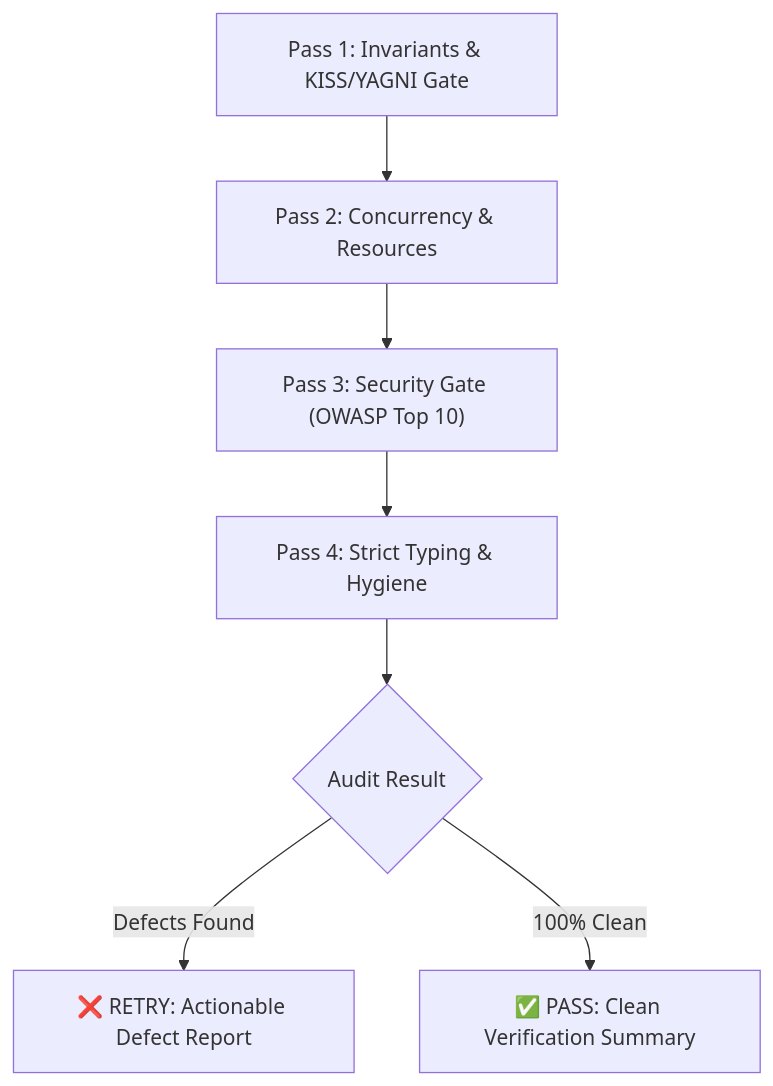
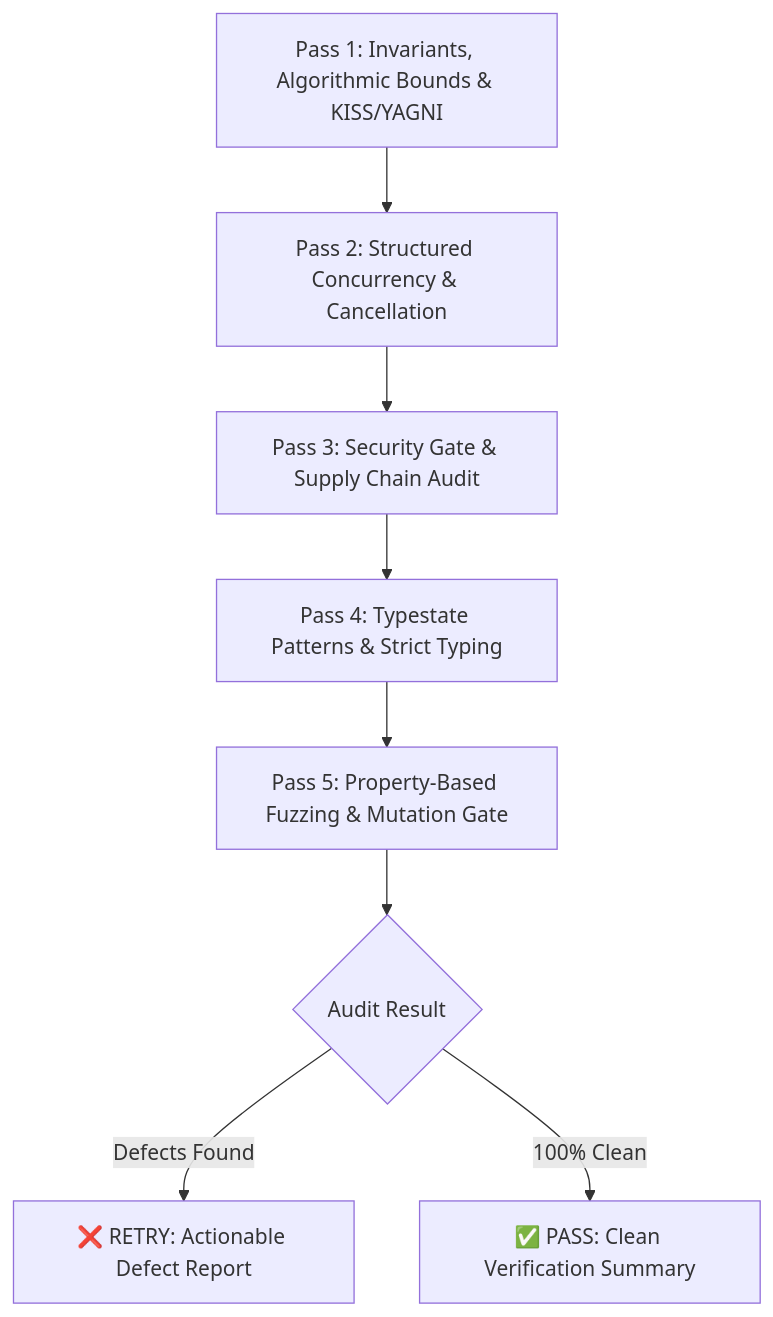
Before and after one commit to pubule/antigravity-dev-suite: the diagram in templates/project-git-template/.agents/skills/code-review/SKILL.md, drawn with Mermaid. The commit also changed other lines of this file and 24 other files, not shown here.

Commit message:
feat: release v1.10.0 with Opus 5.5 formal invariants, typestate, benchmark skill, and semantic AST checks

````diff
--- a/templates/project-git-template/.agents/skills/code-review/SKILL.md
+++ b/templates/project-git-template/.agents/skills/code-review/SKILL.md
@@ -14,9 +14,10 @@
 ```mermaid
 flowchart TD
-    P1["Pass 1: Invariants & KISS/YAGNI Gate"] --> P2["Pass 2: Concurrency & Resources"]
-    P2 --> P3["Pass 3: Security Gate (OWASP Top 10)"]
-    P3 --> P4["Pass 4: Strict Typing & Hygiene"]
-    P4 --> Verdict{"Audit Result"}
+    P1["Pass 1: Invariants, Algorithmic Bounds & KISS/YAGNI"] --> P2["Pass 2: Structured Concurrency & Cancellation"]
+    P2 --> P3["Pass 3: Security Gate & Supply Chain Audit"]
+    P3 --> P4["Pass 4: Typestate Patterns & Strict Typing"]
+    P4 --> P5["Pass 5: Property-Based Fuzzing & Mutation Gate"]
+    P5 --> Verdict{"Audit Result"}
     Verdict -- Defects Found --> ReportRetry["❌ RETRY: Actionable Defect Report"]
     Verdict -- 100% Clean --> ReportPass["✅ PASS: Clean Verification Summary"]
 ```
````
